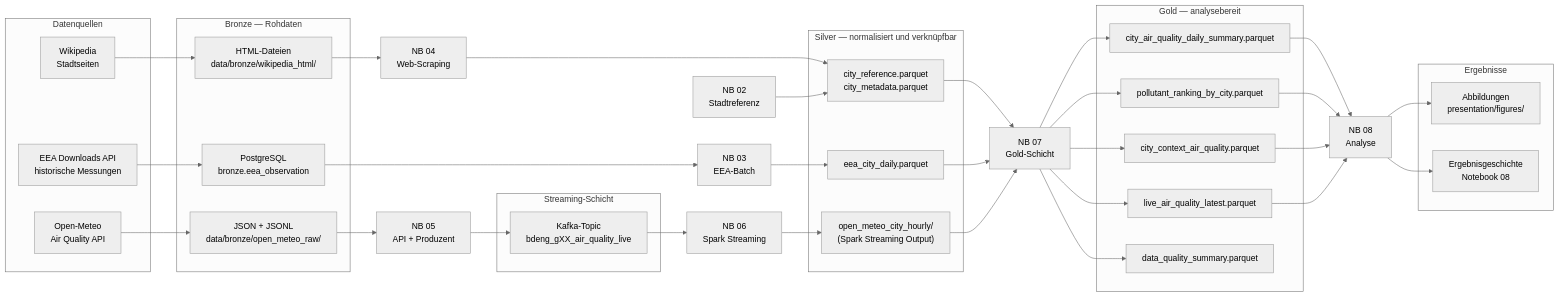
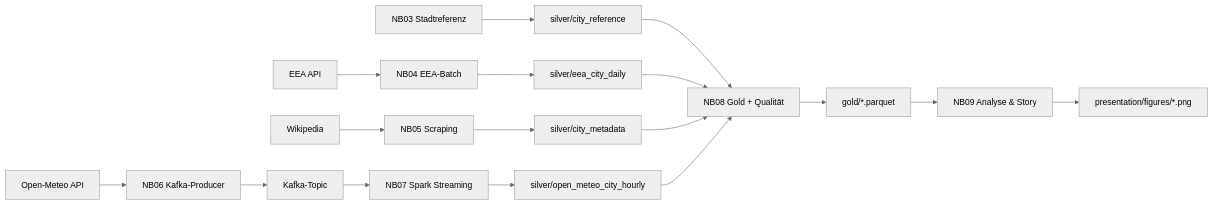
One commit to OnlyMajorG/euro-air-quality-pipeline changed the diagram in README.md. Above: the diagram before and after it, drawn with Mermaid (neutral theme). The commit also changed other lines of this file and 53 other files, not shown here.

````diff
--- a/README.md
+++ b/README.md
@@ -128,53 +31,18 @@
 ```mermaid
 flowchart LR
-    subgraph Quellen["Datenquellen"]
-        EEA["EEA Downloads API\nhistorische Messungen"]
-        WIKI["Wikipedia\nStadtseiten"]
-        OM["Open-Meteo\nAir Quality API"]
-    end
+    EEA["EEA API"] --> NB04["NB04 EEA-Batch"]
+    WIKI["Wikipedia"] --> NB05["NB05 Scraping"]
+    OM["Open-Meteo API"] --> NB06["NB06 Kafka-Producer"]
 
-    subgraph Bronze["Bronze — Rohdaten"]
-        PG["PostgreSQL\nbronze.eea_observation"]
-        HTML["HTML-Dateien\ndata/bronze/wikipedia_html/"]
-        JSON["JSON + JSONL\ndata/bronze/open_meteo_raw/"]
-    end
+    NB03["NB03 Stadtreferenz"] --> CITY["silver/city_reference"]
+    NB04 --> EEADAILY["silver/eea_city_daily"]
+    NB05 --> META["silver/city_metadata"]
+    NB06 --> TOPIC["Kafka-Topic"]
+    TOPIC --> NB07["NB07 Spark Streaming"]
+    NB07 --> STREAM["silver/open_meteo_city_hourly"]
 
-    subgraph Kafka["Streaming-Schicht"]
-        TOPIC["Kafka-Topic\nbdeng_gXX_air_quality_live"]
-    end
-
-    subgraph Silver["Silver — normalisiert und verknüpfbar"]
-        CITY["city_reference.parquet\ncity_metadata.parquet"]
-        EEA_S["eea_city_daily.parquet"]
-        STREAM["open_meteo_city_hourly/\n(Spark Streaming Output)"]
-    end
-
-    subgraph Gold["Gold — analysebereit"]
-        G1["city_air_quality_daily_summary.parquet"]
-        G2["pollutant_ranking_by_city.parquet"]
-        G3["city_context_air_quality.parquet"]
-        G4["live_air_quality_latest.parquet"]
-        G5["data_quality_summary.parquet"]
-    end
-
-    subgraph Analyse["Ergebnisse"]
-        FIG["Abbildungen\npresentation/figures/"]
-        STORY["Ergebnisgeschichte\nNotebook 08"]
-    end
-
-    EEA --> PG --> N03["NB 03\nEEA-Batch"]
-    WIKI --> HTML --> N04["NB 04\nWeb-Scraping"]
-    OM --> JSON --> N05["NB 05\nAPI + Produzent"]
-    N05 --> TOPIC
-    N03 --> EEA_S
-    N04 --> CITY
-    N02["NB 02\nStadtreferenz"] --> CITY
-    TOPIC --> N06["NB 06\nSpark Streaming"]
-    N06 --> STREAM
-    CITY --> N07["NB 07\nGold-Schicht"]
-    EEA_S --> N07
-    STREAM --> N07
-    N07 --> G1 & G2 & G3 & G4 & G5
-    G1 & G2 & G3 & G4 --> N08["NB 08\nAnalyse"]
-    N08 --> FIG & STORY
+    CITY & EEADAILY & META & STREAM --> NB08["NB08 Gold + Qualität"]
+    NB08 --> GOLD["gold/*.parquet"]
+    GOLD --> NB09["NB09 Analyse & Story"]
+    NB09 --> FIG["presentation/figures/*.png"]
 ```
````
